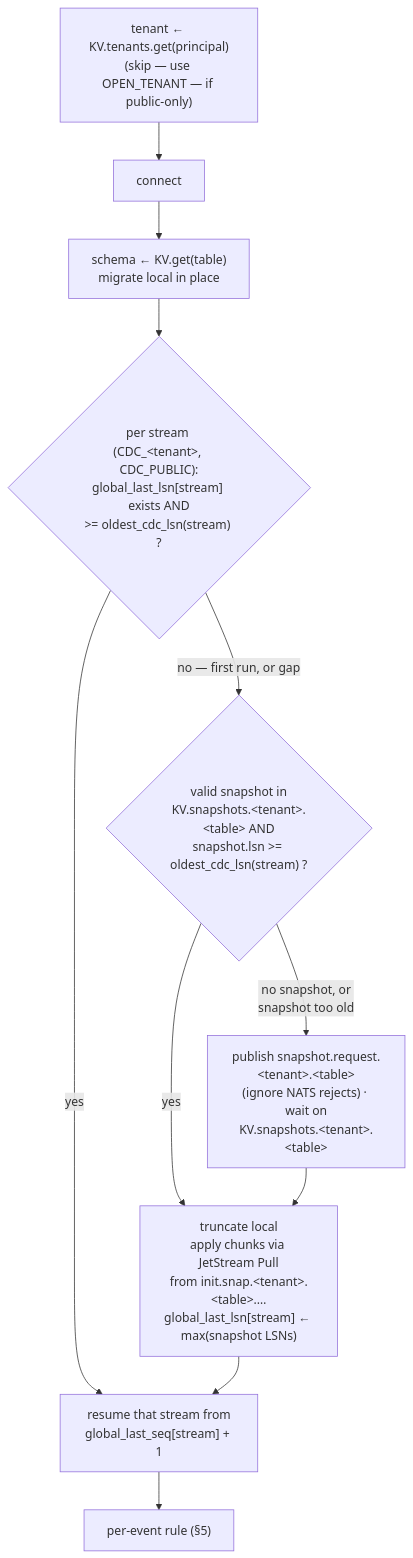
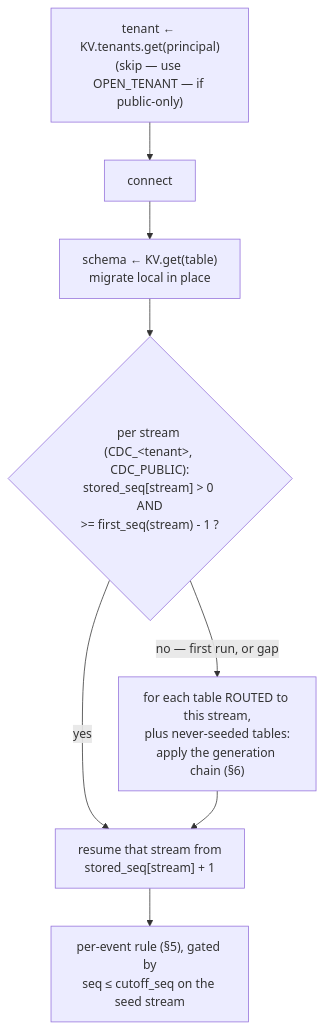
The fourth of 4 diagrams in PROTOCOL.md (ndrean/ZeBridge), drawn with Mermaid before and after one commit. The commit also changed other lines of this file and 2 other files, not shown here.

````diff
--- a/PROTOCOL.md
+++ b/PROTOCOL.md
@@ -877,13 +854,10 @@
 ```mermaid
 flowchart TD
     T["tenant ← KV.tenants.get(principal)<br/>(skip — use OPEN_TENANT — if public-only)"] --> A[connect]
     A --> B["schema ← KV.get(table)<br/>migrate local in place"]
-    B --> C{"per stream (CDC_&lt;tenant&gt;, CDC_PUBLIC):<br/>global_last_lsn[stream] exists AND<br/>&gt;= oldest_cdc_lsn(stream) ?"}
-    C -->|yes| Z["resume that stream from<br/>global_last_seq[stream] + 1"]
-    C -->|"no — first run, or gap"| D{"valid snapshot in<br/>KV.snapshots.&lt;tenant&gt;.&lt;table&gt; AND<br/>snapshot.lsn &gt;= oldest_cdc_lsn(stream) ?"}
-    D -->|yes| E["truncate local<br/>apply chunks via JetStream Pull<br/>from init.snap.&lt;tenant&gt;.&lt;table&gt;.…<br/>global_last_lsn[stream] ← max(snapshot LSNs)"]
-    D -->|"no snapshot, or<br/>snapshot too old"| F["publish snapshot.request.&lt;tenant&gt;.&lt;table&gt;<br/>(ignore NATS rejects) · wait on<br/>KV.snapshots.&lt;tenant&gt;.&lt;table&gt;"]
-    F --> E
-    E --> Z
-    Z --> Y["per-event rule (§5)"]
+    B --> C{"per stream (CDC_&lt;tenant&gt;, CDC_PUBLIC):<br/>stored_seq[stream] &gt; 0 AND<br/>&gt;= first_seq(stream) - 1 ?"}
+    C -->|yes| Z["resume that stream from<br/>stored_seq[stream] + 1"]
+    C -->|"no — first run, or gap"| D["for each table ROUTED to this stream,<br/>plus never-seeded tables:<br/>apply the generation chain (§6)"]
+    D --> Z
+    Z --> Y["per-event rule (§5), gated by<br/>seq &le; cutoff_seq on the seed stream"]
 ```
````
